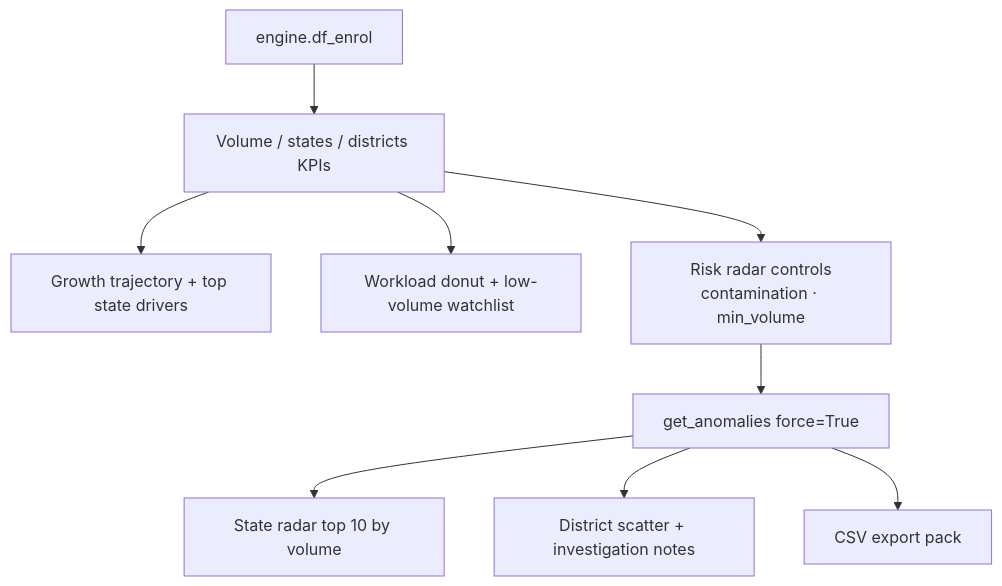
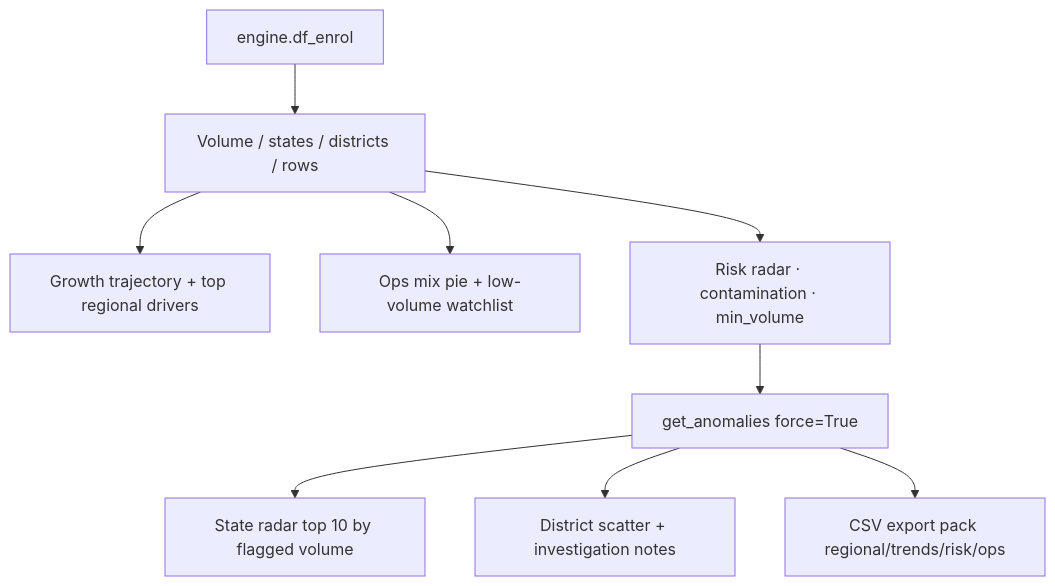
One commit to NetRunnerXD/Aadhaar-Intel-Engine-UIDAI changed diagram 16 of 24 in flowchart.md. Above: the diagram before and after it, drawn with Mermaid. The commit also changed other lines of this file and 1 other file, not shown here.

First line of the commit message:
docs: update flowchart and feature parity for dual UI stack

````diff
--- a/flowchart.md
+++ b/flowchart.md
@@ -400,11 +509,11 @@
 ```mermaid
 flowchart TD
-    IN[engine.df_enrol] --> KPI[Volume / states / districts KPIs]
-    KPI --> GROW[Growth trajectory + top state drivers]
-    KPI --> OPS[Workload donut + low-volume watchlist]
-    KPI --> RISK[Risk radar controls<br/>contamination · min_volume]
+    IN[engine.df_enrol] --> KPI[Volume / states / districts / rows]
+    KPI --> GROW[Growth trajectory + top regional drivers]
+    KPI --> OPS[Ops mix pie + low-volume watchlist]
+    KPI --> RISK[Risk radar · contamination · min_volume]
     RISK --> IF[get_anomalies force=True]
-    IF --> STATE[State radar top 10 by volume]
+    IF --> STATE[State radar top 10 by flagged volume]
     IF --> DIST[District scatter + investigation notes]
-    IF --> EXP[CSV export pack]
+    IF --> EXP[CSV export pack regional/trends/risk/ops]
 ```
````
